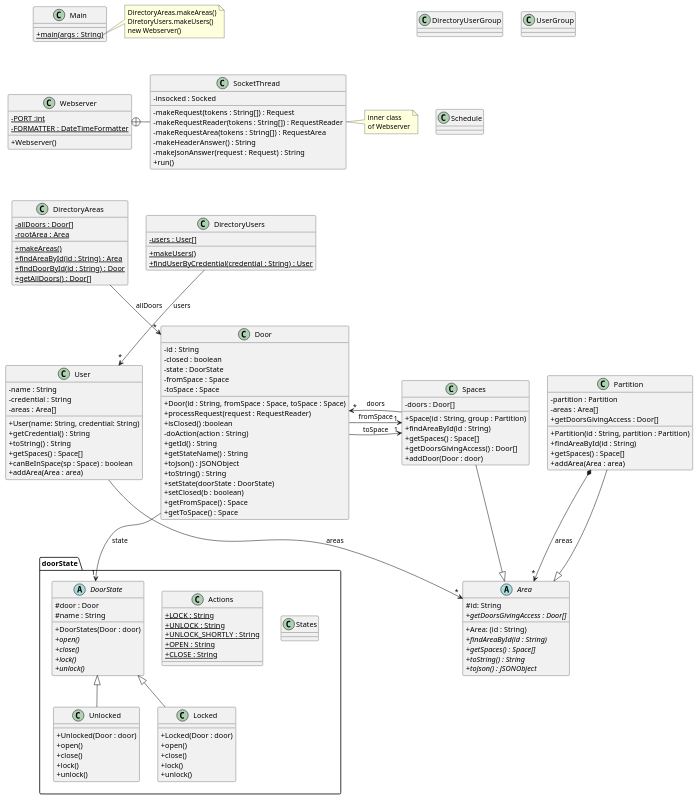
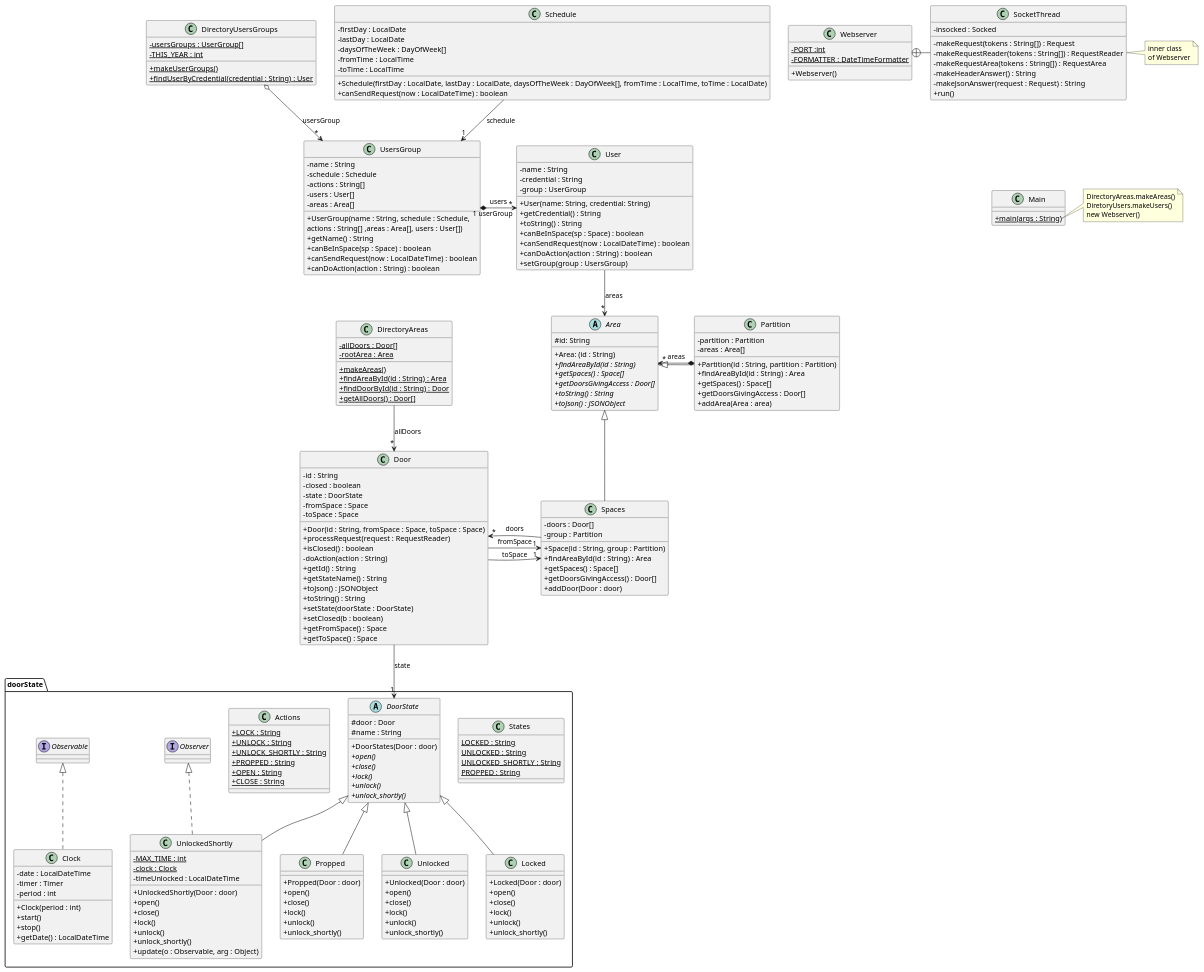
The diagram in out/production/acs_students-master/baseNoStates/uml/UML.puml (JackNesperosOba/acs_students-master), drawn with PlantUML before and after one commit. The commit also changed 3 other files, not shown here.

```diff
--- a/out/production/acs_students-master/baseNoStates/uml/UML.puml
+++ b/out/production/acs_students-master/baseNoStates/uml/UML.puml
@@ -36,13 +36,31 @@
 
 DirectoryAreas --> "*" Door : "allDoors"
 
-class DirectoryUsers {
-- {static} users : User[]
-+ {static} makeUsers()
+class DirectoryUsersGroups {
+- {static} usersGroups : UserGroup[]
+- {static} THIS_YEAR : int
++ {static} makeUserGroups()
 + {static} findUserByCredential(credential : String) : User
 }
 
-DirectoryUsers --> "*" User : "users"
+class UsersGroup {
+- name : String
+- schedule : Schedule
+- actions : String[]
+- users : User[]
+- areas : Area[]
++ UserGroup(name : String, schedule : Schedule,
+actions : String[] ,areas : Area[], users : User[])
++ getName() : String
++ canBeInSpace(sp : Space) : boolean
++ canSendRequest(now : LocalDateTime) : boolean
++ canDoAction(action : String) : boolean
+}
+
+
+Schedule --> "1" UsersGroup : "schedule"
+DirectoryUsersGroups o--> "*" UsersGroup : "usersGroup"
+UsersGroup "1 userGroup" *--> "*" User : "users"
 
 class Door {
 - id : String
@@ -52,7 +70,7 @@
 - toSpace : Space
 + Door(id : String, fromSpace : Space, toSpace : Space)
 + processRequest(request : RequestReader)
-+ isClosed() :boolean
++ isClosed() : boolean
 - doAction(action : String)
 + getId() : String
 + getStateName() : String
@@ -68,13 +86,14 @@
 class User {
 - name : String
 - credential : String
-- areas : Area[]
+- group : UserGroup
 + User(name: String, credential: String)
 + getCredential() : String
 + toString() : String
-+ getSpaces() : Space[]
 + canBeInSpace(sp : Space) : boolean
-+ addArea(Area : area)
++ canSendRequest(now : LocalDateTime) : boolean
++ canDoAction(action : String) : boolean
++ setGroup(group : UsersGroup)
 }
 
 
@@ -90,25 +109,30 @@
 
 package doorState <<Folder>> {
     class States {
-
+    {static} LOCKED : String
+    {static} UNLOCKED : String
+    {static} UNLOCKED_SHORTLY : String
+    {static} PROPPED : String
     }
 
     class Actions {
     + {static} LOCK : String
     + {static} UNLOCK : String
     + {static} UNLOCK_SHORTLY : String
+    + {static} PROPPED : String
     + {static} OPEN : String
     + {static} CLOSE : String
     }
 
     abstract class DoorState {
-    #door : Door
-    #name : String
+    # door : Door
+    # name : String
     + DoorStates(Door : door)
     + {abstract} open()
     + {abstract} close()
     + {abstract} lock()
     + {abstract} unlock()
+    + {abstract} unlock_shortly()
     }
 
     class Unlocked extends DoorState {
@@ -117,6 +141,7 @@
     + close()
     + lock()
     + unlock()
+    + unlock_shortly()
     }
 
     class Locked extends DoorState {
@@ -125,12 +150,48 @@
     + close()
     + lock()
     + unlock()
+    + unlock_shortly()
     }
+
+    class UnlockedShortly extends DoorState implements Observer {
+    - {static} MAX_TIME : int
+    - {static} clock : Clock
+    - timeUnlocked : LocalDateTime
+    + UnlockedShortly(Door : door)
+    + open()
+    + close()
+    + lock()
+    + unlock()
+    + unlock_shortly()
+    + update(o : Observable, arg : Object)
+    }
+
+    class Propped extends DoorState  {
+    + Propped(Door : door)
+    + open()
+    + close()
+    + lock()
+    + unlock()
+    + unlock_shortly()
+    }
+
+    class Clock implements Observable {
+    - date : LocalDateTime
+    - timer : Timer
+    - period : int
+    + Clock(period : int)
+    + start()
+    + stop()
+    + getDate() : LocalDateTime
+    }
+Actions -[hidden]right- DoorState
+DoorState -[hidden]right- States
 }
 Door --> "1" DoorState : "state"
 
 abstract class Area {
 #id: String
+__
 +Area: (id : String)
 + {abstract} findAreaById(id : String)
 + {abstract} getSpaces() : Space[]
@@ -140,37 +201,35 @@
 }
 
 class Spaces extends Area{
--doors : Door[]
-+Space(id : String, group : Partition)
-+findAreaById(id : String)
-+getSpaces() : Space[]
-+getDoorsGivingAccess() : Door[]
-+addDoor(Door : door)
+- doors : Door[]
+- group : Partition
++ Space(id : String, group : Partition)
++ findAreaById(id : String) : Area
++ getSpaces() : Space[]
++ getDoorsGivingAccess() : Door[]
++ addDoor(Door : door)
 }
 
 class Partition extends Area{
--partition : Partition
--areas : Area[]
-+Partition(id : String, partition : Partition)
-+findAreaById(id : String)
-+getSpaces() : Space[]
-+getDoorsGivingAccess : Door[]
-+addArea(Area : area)
-}
-
-class DirectoryUserGroup {
-
-}
-
-class UserGroup {
-
+- partition : Partition
+- areas : Area[]
+__
++ Partition(id : String, partition : Partition)
++ findAreaById(id : String) : Area
++ getSpaces() : Space[]
++ getDoorsGivingAccess : Door[]
++ addArea(Area : area)
 }
 
 class Schedule {
-
+- firstDay : LocalDate
+- lastDay : LocalDate
+- daysOfTheWeek : DayOfWeek[]
+- fromTime : LocalTime
+- toTime : LocalTime
++ Schedule(firstDay : LocalDate, lastDay : LocalDate, daysOfTheWeek : DayOfWeek[], fromTime : LocalTime, toTime : LocalDate)
++ canSendRequest(now : LocalDateTime) : boolean
 }
-
-
 
 Partition *--> "*" Area : areas
 User --> "*" Area : "areas"
@@ -178,13 +237,9 @@
 Door --> "1" Spaces : "fromSpace"
 Door --> "1" Spaces : "toSpace"
 
-
-Main -[hidden]down- Webserver
-Webserver -[hidden]down- DirectoryAreas
-DirectoryAreas -[hidden]right- DirectoryUsers
-Door -[hidden]down- doorState
-Spaces -[hidden]right- Partition
-User -[hidden]right- Door
-Spaces -[hidden]left- Door
+Spaces -[hidden]right- Door
+Partition -[hidden]left- Area
+UsersGroup -[hidden]right- User
+SocketThread -[hidden]down- Main
 
 @enduml
```
